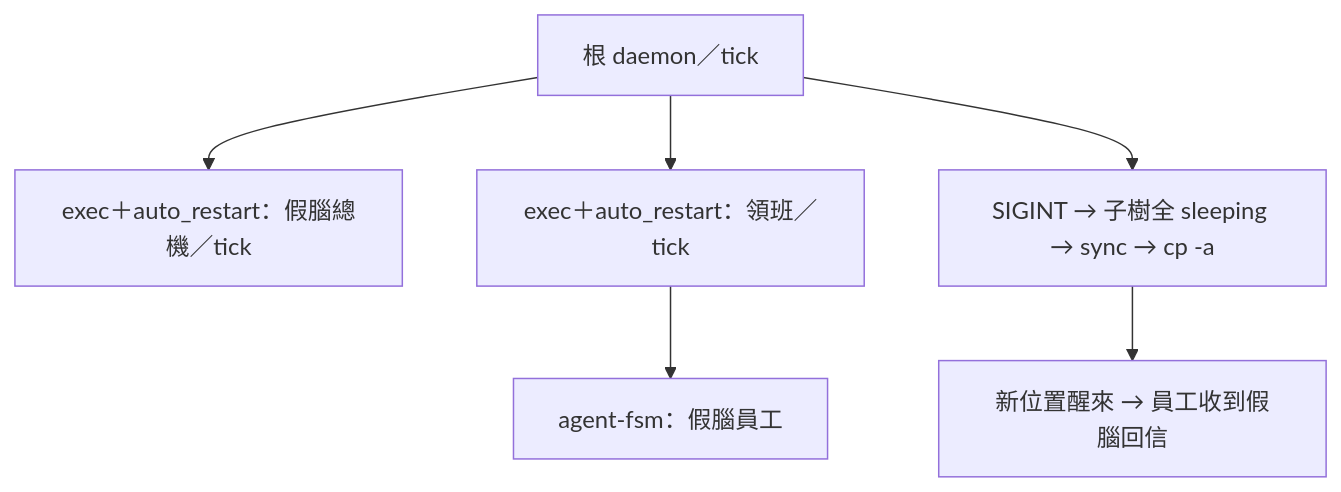
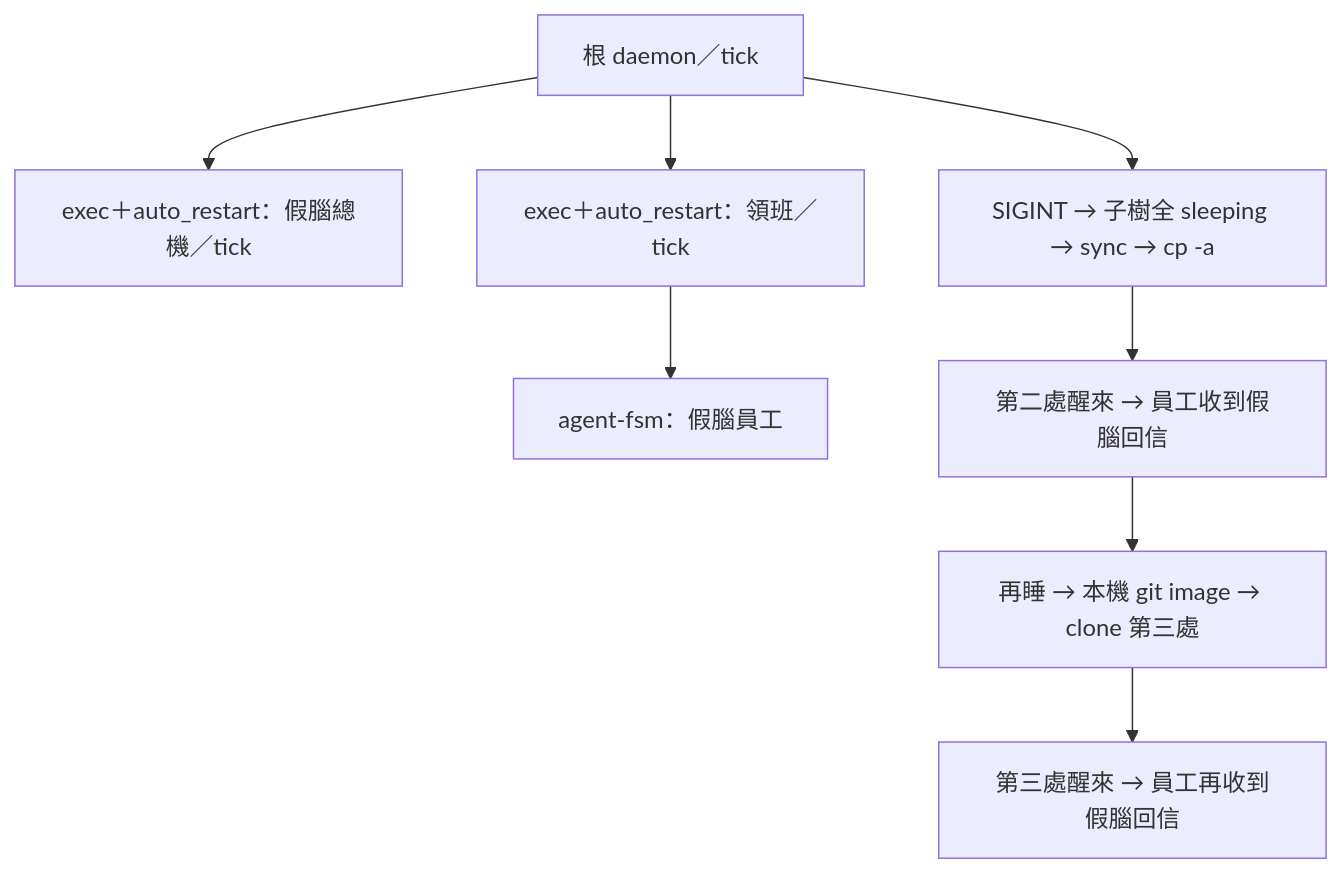
Before and after one commit to justty32/aos: the diagram in proto8/extras/image-move-check/README.md, drawn with Mermaid. The commit also changed other lines of this file and 12 other files, not shown here.

````diff
--- a/proto8/extras/image-move-check/README.md
+++ b/proto8/extras/image-move-check/README.md
@@ -5,8 +5,10 @@
 ```mermaid
 flowchart TD
     R[根 daemon／tick] --> K[exec＋auto_restart：假腦總機／tick]
     R --> F[exec＋auto_restart：領班／tick]
     F --> A[agent-fsm：假腦員工]
     R --> S[SIGINT → 子樹全 sleeping → sync → cp -a]
-    S --> W[新位置醒來 → 員工收到假腦回信]
+    S --> W[第二處醒來 → 員工收到假腦回信]
+    W --> G[再睡 → 本機 git image → clone 第三處]
+    G --> C[第三處醒來 → 員工再收到假腦回信]
 ```
````
